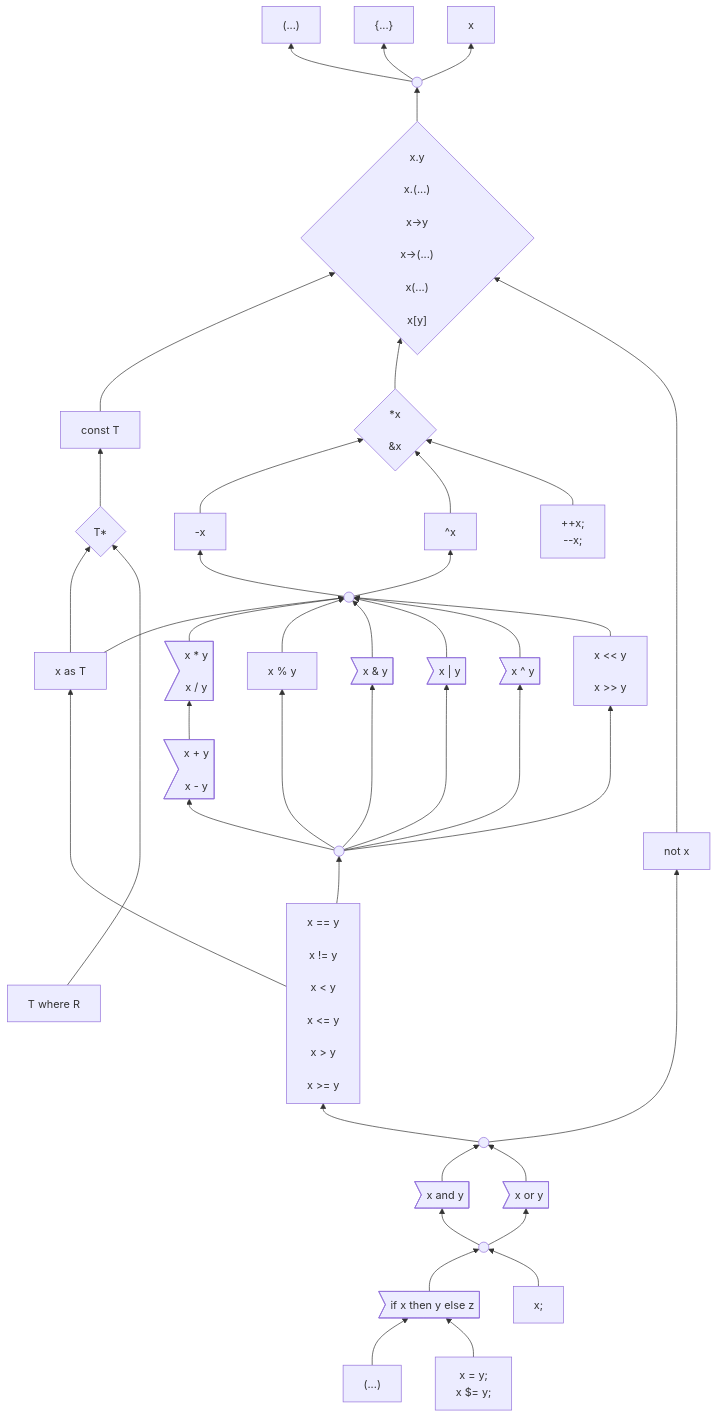
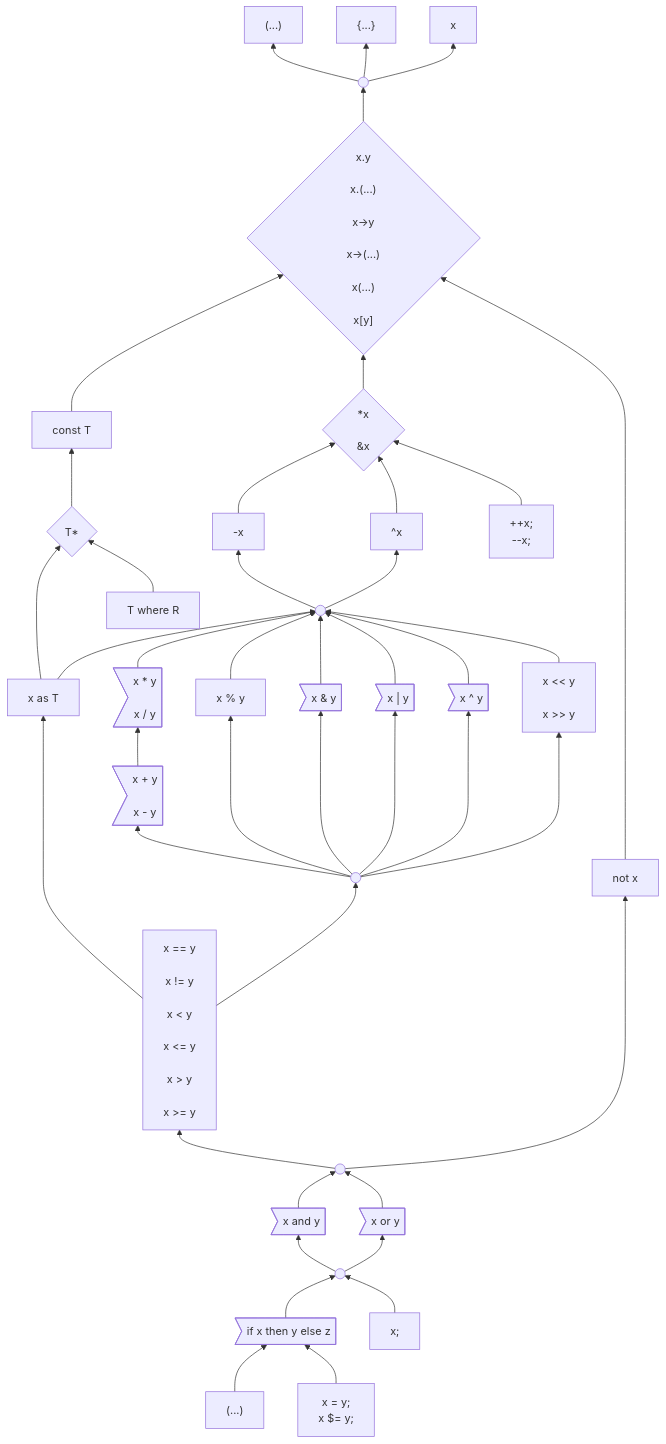
One commit to carbon-language/carbon-lang changed the first of 3 diagrams in docs/design/expressions/README.md. Above: the diagram before and after it, drawn with Mermaid.

Commit message:
Checkpoint progress.

```diff
--- a/docs/design/expressions/README.md
+++ b/docs/design/expressions/README.md
@@ -171,7 +171,7 @@
     binaryOps --> addition & modulo & bitwise_and & bitwise_or & bitwise_xor & shift
     comparison --> binaryOps
     comparison ----> as
-    where ------> pointerType
+    where --> pointerType
     %% where ----> binaryOps
     logicalOperand --> comparison & not
     and & or --> logicalOperand
```
